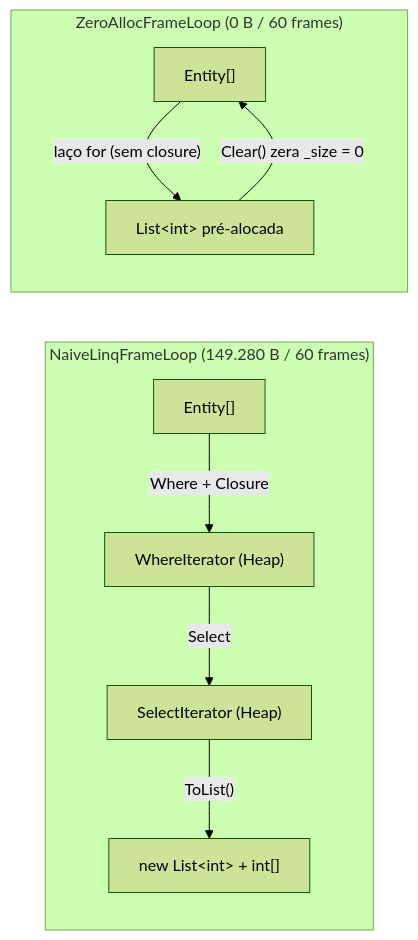
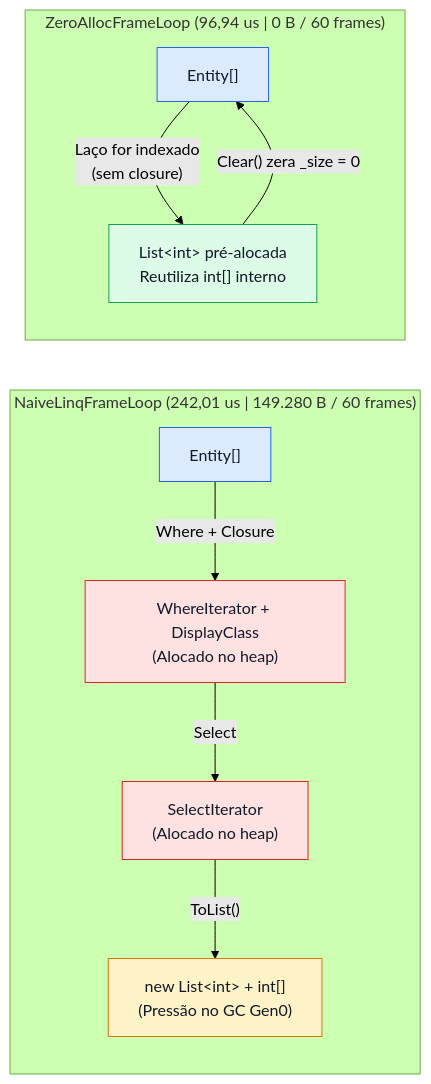
One commit to LevyArsOS/csharp-lessons changed the diagram in CSharpLessons/HotPathAllocations/Tutorial/pt-br.md. Above: the diagram before and after it, drawn with Mermaid (forest theme). The commit also changed other lines of this file and 3 other files, not shown here.

First line of the commit message:
docs(tutorials): upgrade HotPathAllocations and ObjectPooling diagrams

````diff
--- a/CSharpLessons/HotPathAllocations/Tutorial/pt-br.md
+++ b/CSharpLessons/HotPathAllocations/Tutorial/pt-br.md
@@ -39,12 +39,18 @@
 ```mermaid
 flowchart LR
-    subgraph Naive["NaiveLinqFrameLoop (149.280 B / 60 frames)"]
-        W["Entity[]"] -->|"Where + Closure"| WI["WhereIterator (Heap)"]
-        WI -->|"Select"| SI["SelectIterator (Heap)"]
-        SI -->|"ToList()"| L["new List&lt;int&gt; + int[]"]
+    classDef slow fill:#fee2e2,stroke:#dc2626,color:#111827
+    classDef fast fill:#dcfce7,stroke:#16a34a,color:#111827
+    classDef hw fill:#dbeafe,stroke:#2563eb,color:#111827
+    classDef warn fill:#fef3c7,stroke:#d97706,color:#111827
+
+    subgraph Naive["NaiveLinqFrameLoop (242,01 us | 149.280 B / 60 frames)"]
+        W["Entity[]"]:::hw -->|"Where + Closure"| WI["WhereIterator + DisplayClass<br/>(Alocado no heap)"]:::slow
+        WI -->|"Select"| SI["SelectIterator<br/>(Alocado no heap)"]:::slow
+        SI -->|"ToList()"| L["new List&lt;int&gt; + int[]<br/>(Pressão no GC Gen0)"]:::warn
     end
-    subgraph ZeroAlloc["ZeroAllocFrameLoop (0 B / 60 frames)"]
-        W2["Entity[]"] -->|"laço for (sem closure)"| S["List&lt;int&gt; pré-alocada"]
+
+    subgraph ZeroAlloc["ZeroAllocFrameLoop (96,94 us | 0 B / 60 frames)"]
+        W2["Entity[]"]:::hw -->|"Laço for indexado<br/>(sem closure)"| S["List&lt;int&gt; pré-alocada<br/>Reutiliza int[] interno"]:::fast
         S -->|"Clear() zera _size = 0"| W2
     end
 ```
````
